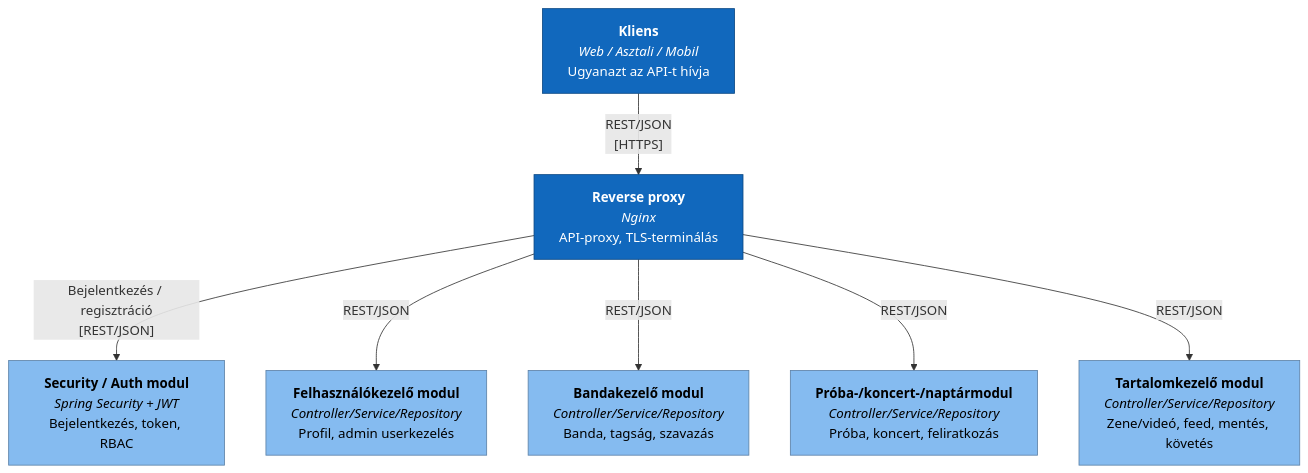
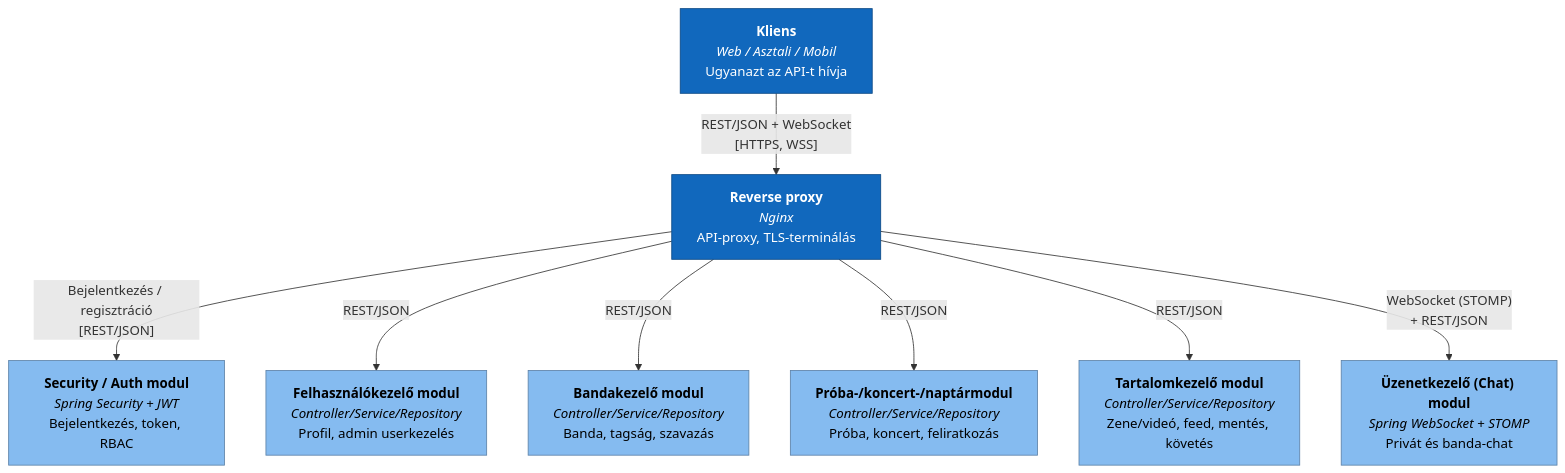
One commit to Kiyo200/BegBand changed the first of 6 diagrams in diagrams/mermaid/Component.md. Above: the diagram before and after it, drawn with Mermaid. The commit also changed other lines of this file and 12 other files, not shown here.

````diff
--- a/diagrams/mermaid/Component.md
+++ b/diagrams/mermaid/Component.md
@@ -9,22 +11,24 @@
 ```mermaid
 flowchart TD
     client["<b>Kliens</b><br/><i>Web / Asztali / Mobil</i><br/>Ugyanazt az API-t hívja"]
     nginx["<b>Reverse proxy</b><br/><i>Nginx</i><br/>API-proxy, TLS-terminálás"]
     security["<b>Security / Auth modul</b><br/><i>Spring Security + JWT</i><br/>Bejelentkezés, token, RBAC"]
     userSvc["<b>Felhasználókezelő modul</b><br/><i>Controller/Service/Repository</i><br/>Profil, admin userkezelés"]
     bandSvc["<b>Bandakezelő modul</b><br/><i>Controller/Service/Repository</i><br/>Banda, tagság, szavazás"]
     eventSvc["<b>Próba-/koncert-/naptármodul</b><br/><i>Controller/Service/Repository</i><br/>Próba, koncert, feliratkozás"]
     contentSvc["<b>Tartalomkezelő modul</b><br/><i>Controller/Service/Repository</i><br/>Zene/videó, feed, mentés, követés"]
+    chatSvc["<b>Üzenetkezelő (Chat) modul</b><br/><i>Spring WebSocket + STOMP</i><br/>Privát és banda-chat"]
 
-    client -->|"REST/JSON<br/>[HTTPS]"| nginx
+    client -->|"REST/JSON + WebSocket<br/>[HTTPS, WSS]"| nginx
     nginx -->|"Bejelentkezés / regisztráció<br/>[REST/JSON]"| security
     nginx -->|"REST/JSON"| userSvc
     nginx -->|"REST/JSON"| bandSvc
     nginx -->|"REST/JSON"| eventSvc
     nginx -->|"REST/JSON"| contentSvc
+    nginx -->|"WebSocket (STOMP)<br/>+ REST/JSON"| chatSvc
 
     classDef container fill:#1168BD,stroke:#0B4884,color:#fff
     classDef component fill:#85BBF0,stroke:#5D82A8,color:#000
     class client,nginx container
-    class security,userSvc,bandSvc,eventSvc,contentSvc component
+    class security,userSvc,bandSvc,eventSvc,contentSvc,chatSvc component
 ```
````
